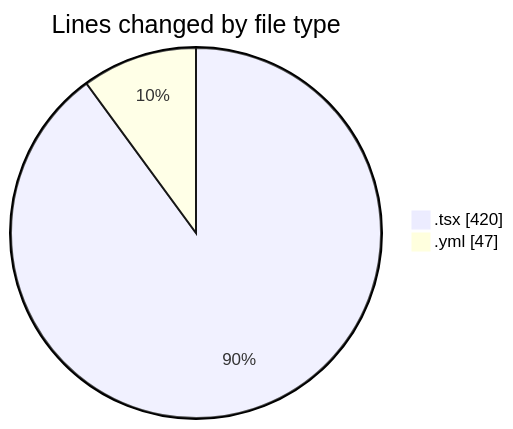
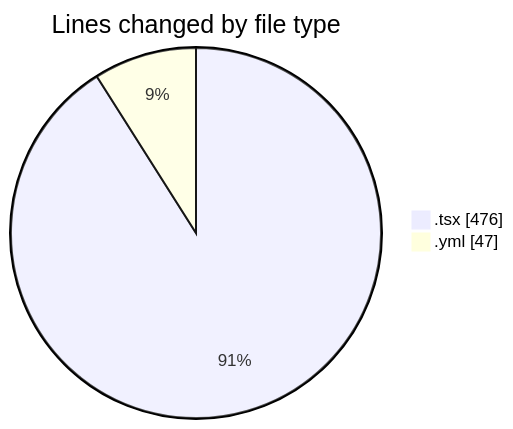
The first of 2 diagrams in 2025-02-05/mbc-web/README.md (robertbonfada/code-tracking), drawn with Mermaid before and after one commit. The commit also changed other lines of this file and 1 other file, not shown here.

````diff
--- a/2025-02-05/mbc-web/README.md
+++ b/2025-02-05/mbc-web/README.md
@@ -24,6 +24,6 @@
 ```mermaid
 pie showData
 title Lines changed by file type
-".tsx" : 420
+".tsx" : 476
 ".yml" : 47
 ```
````
